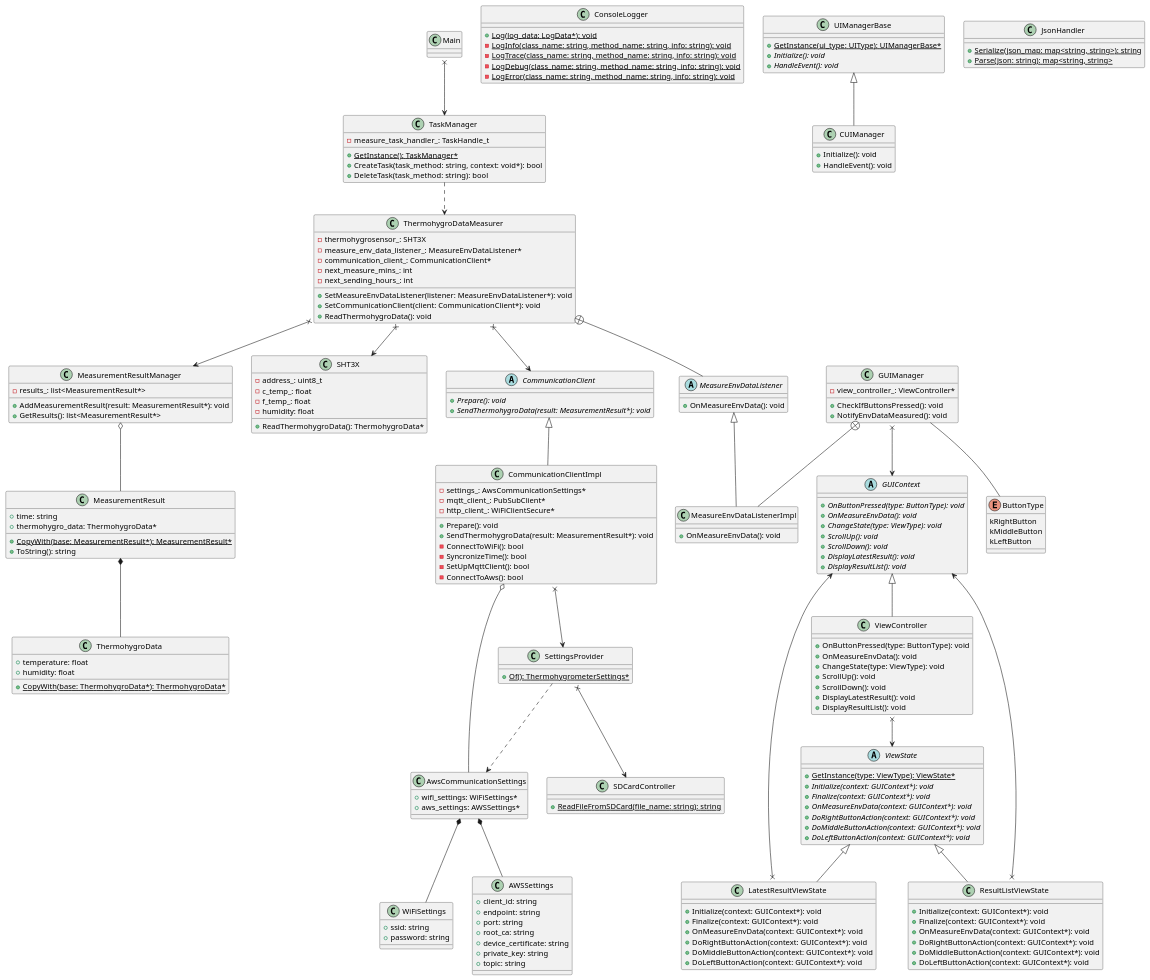
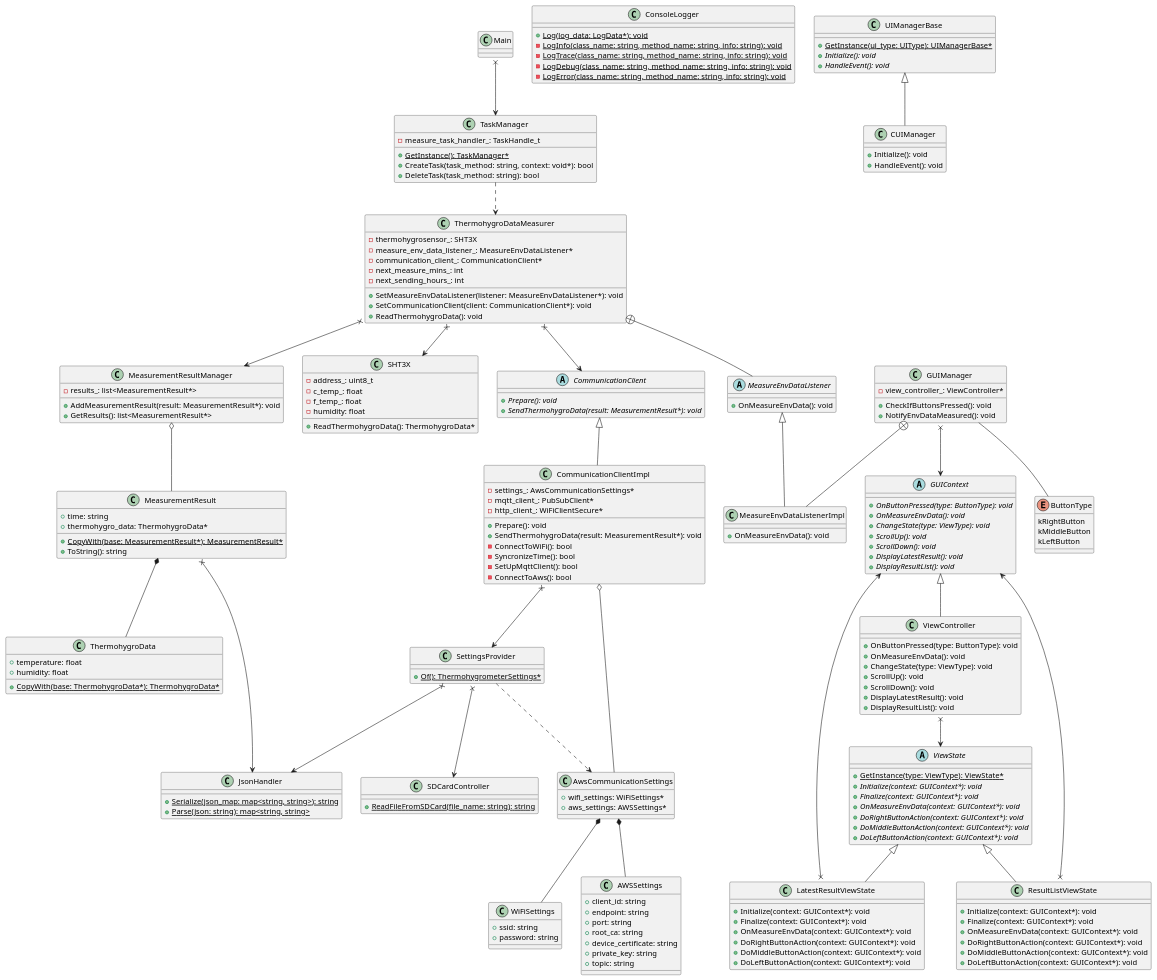
Before and after one commit to chukeblo/thermohygrometer: the diagram in DesignDocs/M5StackThermohygrometer/class_diagram.pu, drawn with PlantUML.

Commit message:
add descriptions about dependencies of json handler

```diff
--- a/DesignDocs/M5StackThermohygrometer/class_diagram.pu
+++ b/DesignDocs/M5StackThermohygrometer/class_diagram.pu
@@ -30,6 +30,7 @@
 
 SettingsProvider ..> AwsCommunicationSettings
 SettingsProvider x--> SDCardController
+SettingsProvider x--> JsonHandler
 
 class AwsCommunicationSettings {
     + wifi_settings: WiFiSettings*
@@ -56,6 +57,11 @@
 
 class SDCardController {
     + {static} ReadFileFromSDCard(file_name: string): string
+}
+
+class JsonHandler {
+    + {static} Serialize(json_map: map<string, string>): string
+    + {static} Parse(json: string): map<string, string>
 }
 
 class ConsoleLogger {
@@ -160,11 +166,6 @@
 
 ResultListViewState x--> GUIContext
 
-class JsonHandler {
-    + {static} Serialize(json_map: map<string, string>): string
-    + {static} Parse(json: string): map<string, string>
-}
-
 class TaskManager {
     - measure_task_handler_: TaskHandle_t
 
@@ -231,4 +232,6 @@
     + GetResults(): list<MeasurementResult*>
 }
 
+MeasurementResult x--> JsonHandler
+
 @enduml
```
